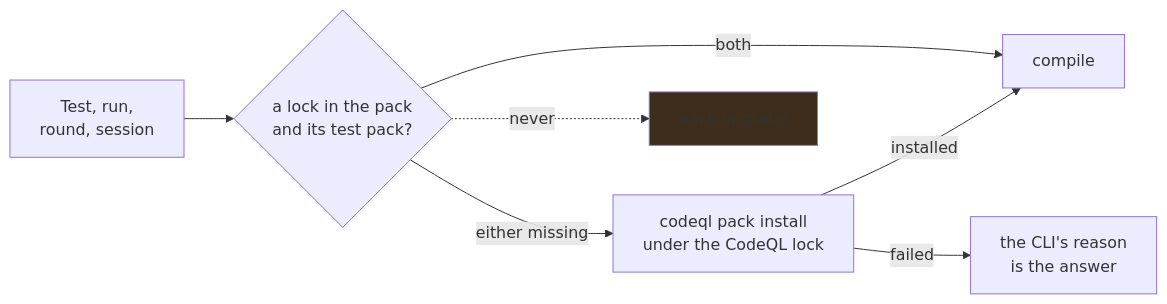
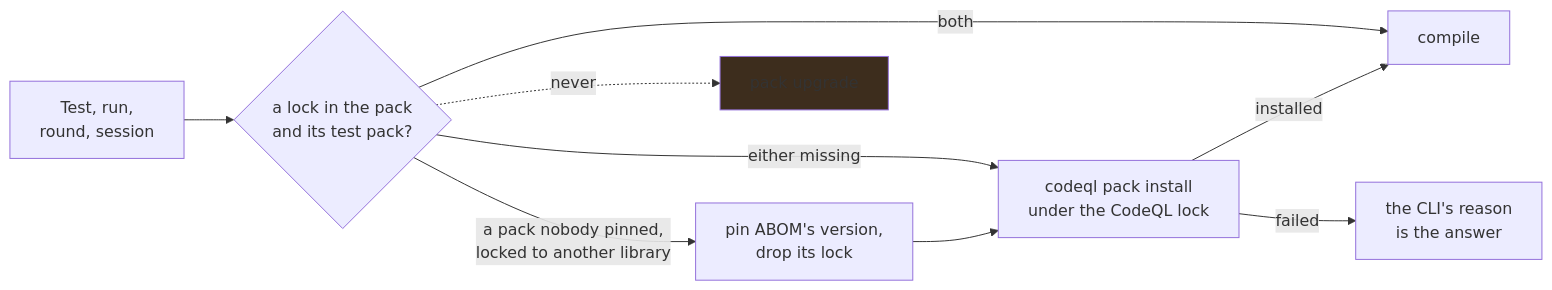
The third of 11 diagrams in docs/architecture.md (advanced-security/codeql-abom), drawn with Mermaid before and after one commit. The commit also changed other lines of this file and 34 other files, not shown here.

````diff
--- a/docs/architecture.md
+++ b/docs/architecture.md
@@ -342,10 +349,12 @@
 ```mermaid
 flowchart LR
     ACT["Test, run,<br/>round, session"] --> Q{"a lock in the pack<br/>and its test pack?"}
     Q -->|"both"| GO["compile"]
     Q -->|"either missing"| INS["codeql pack install<br/>under the CodeQL lock"]
+    Q -->|"a pack nobody pinned,<br/>locked to another library"| PIN["pin ABOM's version,<br/>drop its lock"]
+    PIN --> INS
     INS -->|"installed"| GO
     INS -->|"failed"| WHY["the CLI's reason<br/>is the answer"]
     Q -. "never" .-> UP["pack upgrade"]
     style UP fill:#3d2d1d
 ```
````
